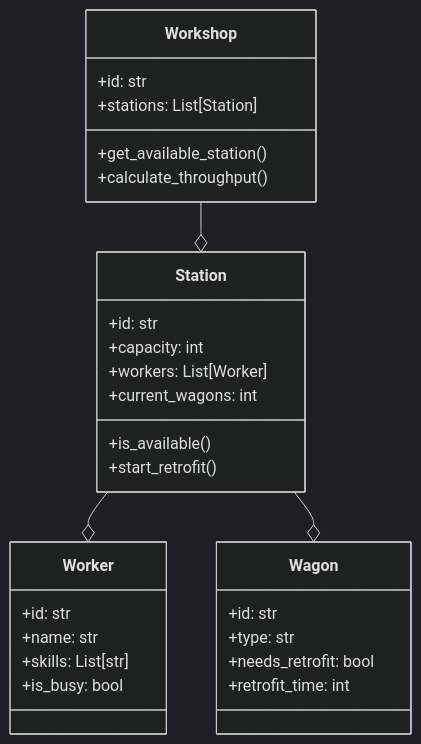
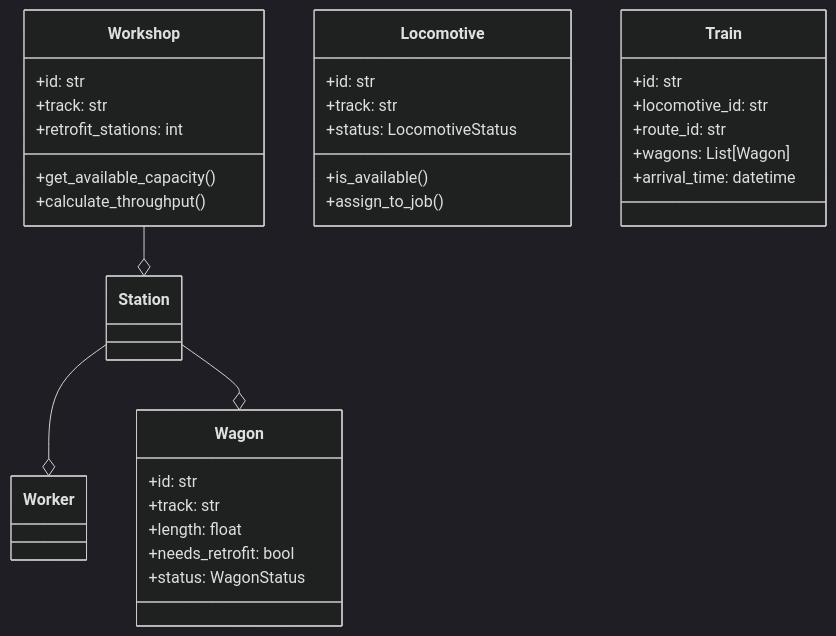
The second of 6 diagrams in docs/mvp/architecture/08-concepts.md (OpenRailAssociation/dac-migration-dss-popupsim), drawn with Mermaid (dark theme) before and after one commit. The commit also changed other lines of this file and 23 other files, not shown here.

````diff
--- a/docs/mvp/architecture/08-concepts.md
+++ b/docs/mvp/architecture/08-concepts.md
@@ -76,36 +78,38 @@
 ```mermaid
 classDiagram
     class Workshop {
         +id: str
-        +stations: List[Station]
-        +get_available_station()
+        +track: str
+        +retrofit_stations: int
+        +get_available_capacity()
         +calculate_throughput()
     }
 
-    class Station {
+    class Locomotive {
         +id: str
-        +capacity: int
-        +workers: List[Worker]
-        +current_wagons: int
+        +track: str
+        +status: LocomotiveStatus
         +is_available()
-        +start_retrofit()
-    }
-
-    class Worker {
-        +id: str
-        +name: str
-        +skills: List[str]
-        +is_busy: bool
+        +assign_to_job()
     }
 
     class Wagon {
         +id: str
-        +type: str
+        +track: str
+        +length: float
         +needs_retrofit: bool
-        +retrofit_time: int
+        +status: WagonStatus
+    }
+
+    class Train {
+        +id: str
+        +locomotive_id: str
+        +route_id: str
+        +wagons: List[Wagon]
+        +arrival_time: datetime
     }
 
     Workshop --o Station
     Station --o Worker
     Station --o Wagon
 ```
````
